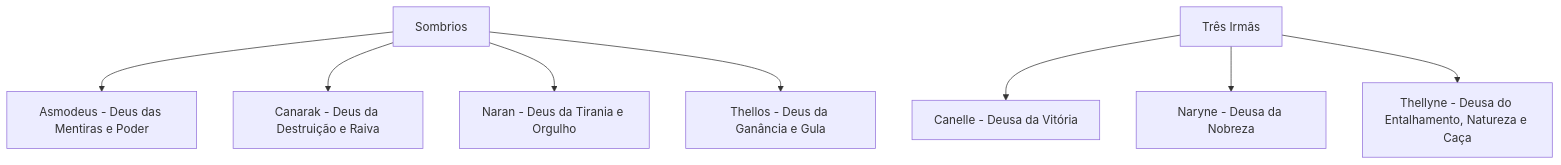
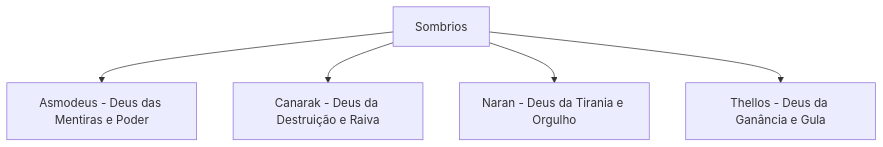
Before and after one commit to YBraga35/-Wiki-Yan: the fourth of 5 diagrams in content/index.md, drawn with Mermaid. The commit also changed other lines of this file, not shown here.

````diff
--- a/content/index.md
+++ b/content/index.md
@@ -73,14 +70,10 @@
 ```mermaid
 graph TD
-    E[Sombrios]
-    E --> Asmodeus[Asmodeus - Deus das Mentiras e Poder]
-    E --> Canarak[Canarak - Deus da Destruição e Raiva]
-    E --> Naran[Naran - Deus da Tirania e Orgulho]
-    E --> Thellos[Thellos - Deus da Ganância e Gula]
+    A[Sombrios]
+    A --> Asmodeus[Asmodeus - Deus das Mentiras e Poder]
+    A --> Canarak[Canarak - Deus da Destruição e Raiva]
+    A --> Naran[Naran - Deus da Tirania e Orgulho]
+    A --> Thellos[Thellos - Deus da Ganância e Gula]
 
-    F[Três Irmãs]
-    F --> Canelle[Canelle - Deusa da Vitória]
-    F --> Naryne[Naryne - Deusa da Nobreza]
-    F --> Thellyne[Thellyne - Deusa do Entalhamento, Natureza e Caça]
 
 ```
````
